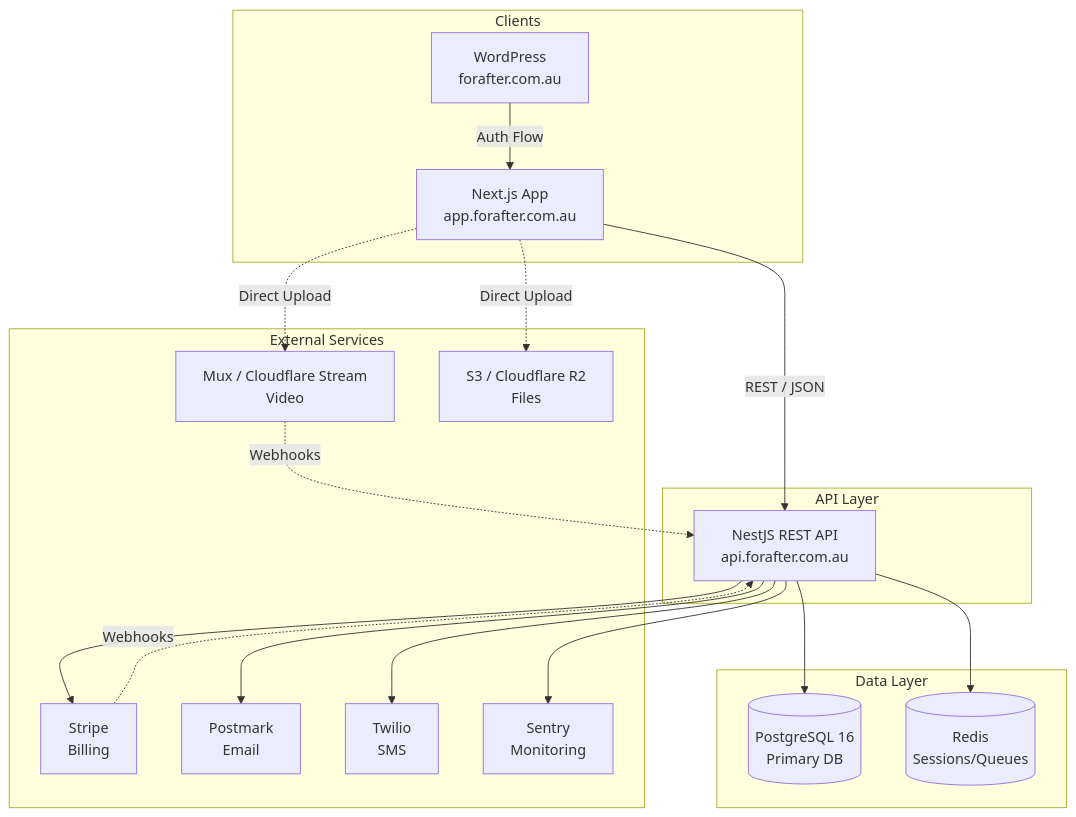
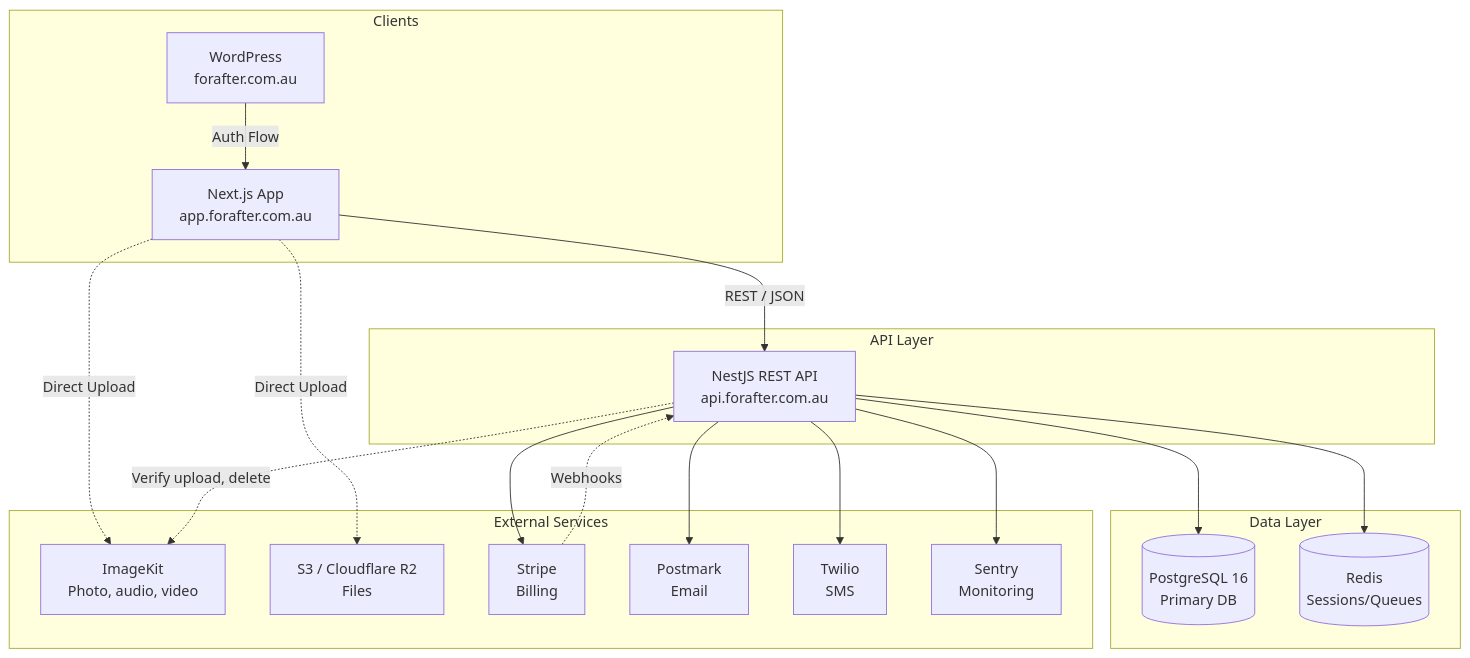
Before and after one commit to team-digitalmarketersperth/FOR-AFTER-DIGITAL-VAULT: the first of 3 diagrams in for-after-backend/docs/architecture.md, drawn with Mermaid. The commit also changed other lines of this file and 157 other files, not shown here.

````diff
--- a/for-after-backend/docs/architecture.md
+++ b/for-after-backend/docs/architecture.md
@@ -39,38 +39,38 @@
 ```mermaid
 flowchart TD
     subgraph Clients
         WP[WordPress\nforafter.com.au]
         NextJS[Next.js App\napp.forafter.com.au]
     end
 
     subgraph API Layer
         NestJS[NestJS REST API\napi.forafter.com.au]
     end
 
     subgraph Data Layer
         PG[(PostgreSQL 16\nPrimary DB)]
         Redis[(Redis\nSessions/Queues)]
     end
 
     subgraph External Services
-        Mux[Mux / Cloudflare Stream\nVideo]
+        Mux[ImageKit\nPhoto, audio, video]
         S3[S3 / Cloudflare R2\nFiles]
         Stripe[Stripe\nBilling]
         Postmark[Postmark\nEmail]
         Twilio[Twilio\nSMS]
         Sentry[Sentry\nMonitoring]
     end
 
     WP --> |Auth Flow| NextJS
     NextJS --> |REST / JSON| NestJS
     NextJS -.-> |Direct Upload| Mux
     NextJS -.-> |Direct Upload| S3
     NestJS --> PG
     NestJS --> Redis
     NestJS --> Stripe
     NestJS --> Postmark
     NestJS --> Twilio
     NestJS --> Sentry
-    Mux -.-> |Webhooks| NestJS
+    NestJS -.-> |Verify upload, delete| Mux
     Stripe -.-> |Webhooks| NestJS
 ```
````
